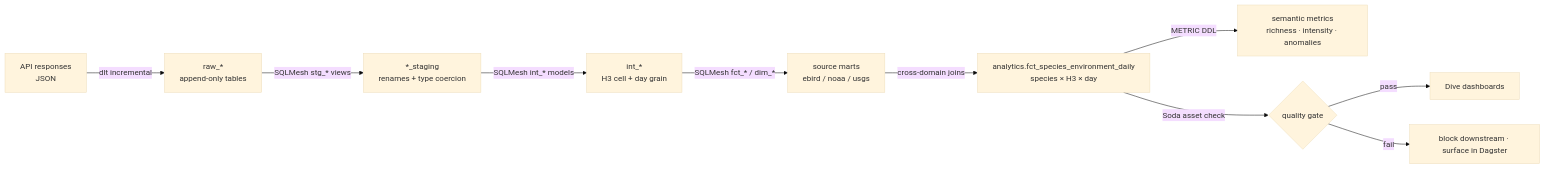
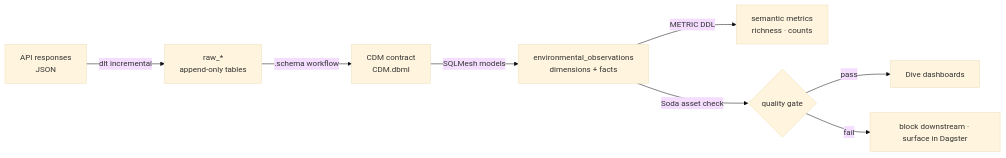
Before and after one commit to Doctacon/databox: the second of 2 diagrams in README.md, drawn with Mermaid (base theme). The commit also changed other lines of this file and 149 other files, not shown here.

````diff
--- a/README.md
+++ b/README.md
@@ -98,12 +97,10 @@
 ```mermaid
 flowchart LR
     A[API responses<br/>JSON] -->|dlt incremental| B[raw_*<br/>append-only tables]
-    B -->|SQLMesh stg_* views| C[*_staging<br/>renames + type coercion]
-    C -->|SQLMesh int_* models| D[int_*<br/>H3 cell + day grain]
-    D -->|SQLMesh fct_* / dim_*| E[source marts<br/>ebird / noaa / usgs]
-    E -->|cross-domain joins| F[analytics.fct_species_environment_daily<br/>species × H3 × day]
-    F -->|METRIC DDL| G[semantic metrics<br/>richness · intensity · anomalies]
-    F -->|Soda asset check| H{quality gate}
+    B -->|.schema workflow| C[CDM contract<br/>CDM.dbml]
+    C -->|SQLMesh models| D[environmental_observations<br/>dimensions + facts]
+    D -->|METRIC DDL| G[semantic metrics<br/>richness · counts]
+    D -->|Soda asset check| H{quality gate}
     H -->|pass| I[Dive dashboards]
     H -->|fail| J[block downstream · surface in Dagster]
 ```
````
